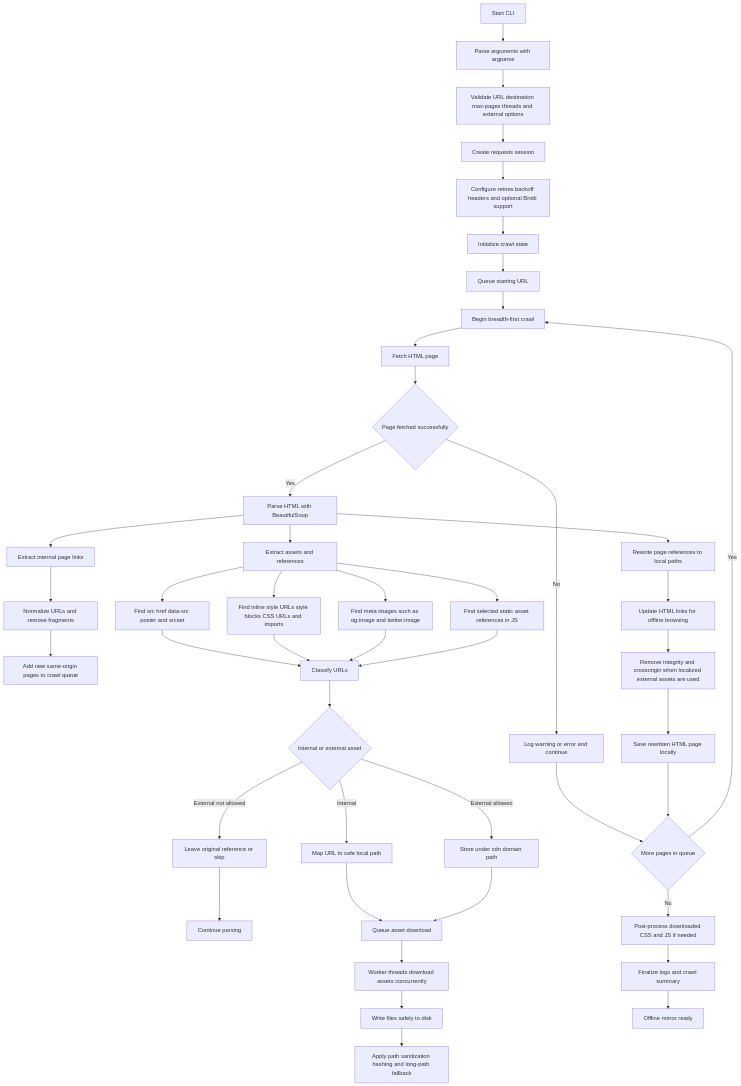
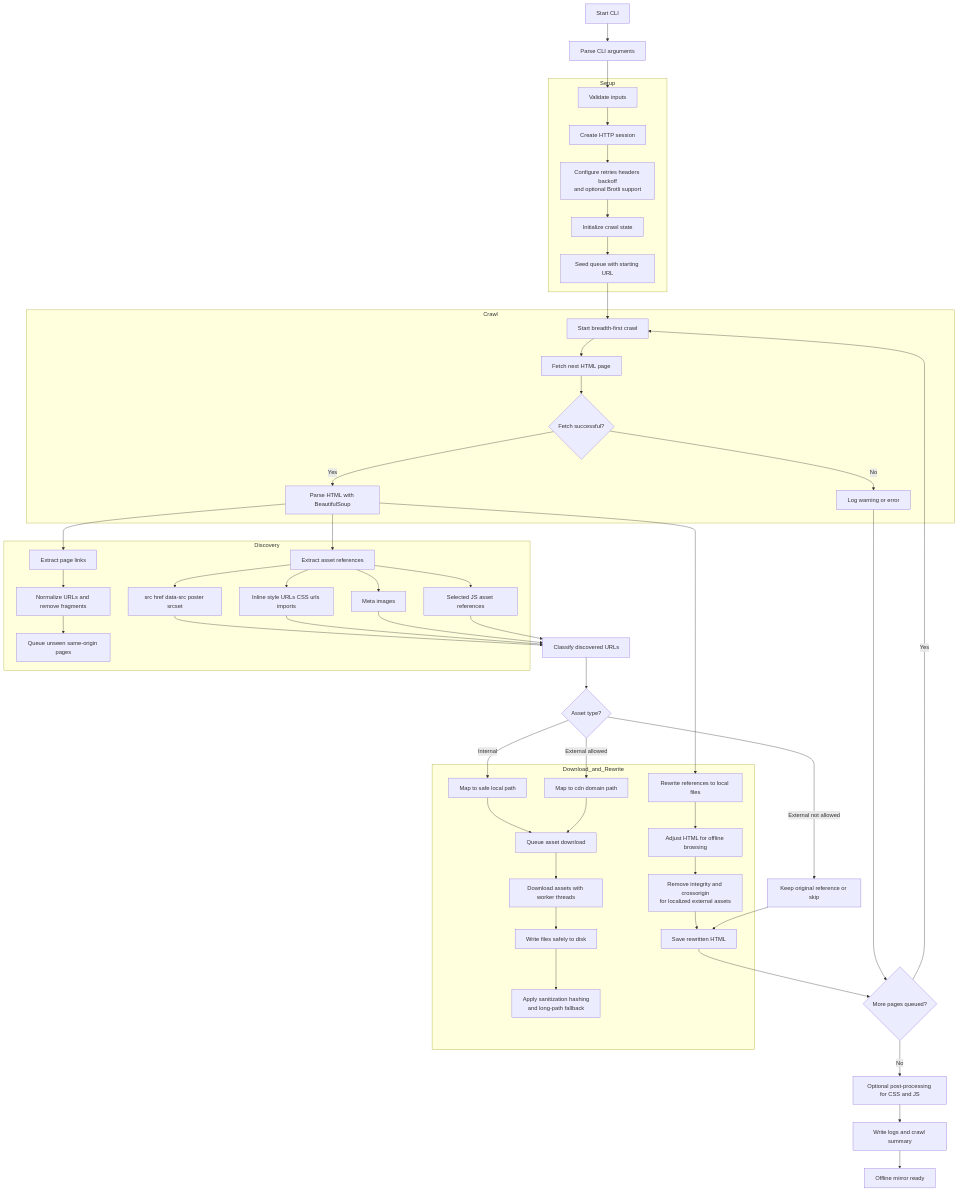
Before and after one commit to PKHarsimran/website-downloader: the diagram in README.md, drawn with Mermaid.

````diff
--- a/README.md
+++ b/README.md
@@ -119,60 +119,65 @@
 ```mermaid
 flowchart TD
-    A[Start CLI] --> B[Parse arguments with argparse]
-    B --> C[Validate URL destination max-pages threads and external options]
+    A[Start CLI] --> B[Parse CLI arguments]
+    B --> C[Validate inputs]
 
-    C --> D[Create requests session]
-    D --> E[Configure retries backoff headers and optional Brotli support]
+    subgraph Setup
+        C --> D[Create HTTP session]
+        D --> E[Configure retries headers backoff<br/>and optional Brotli support]
+        E --> F[Initialize crawl state]
+        F --> G[Seed queue with starting URL]
+    end
 
-    E --> F[Initialize crawl state]
-    F --> G[Queue starting URL]
-    G --> H[Begin breadth-first crawl]
+    G --> H[Start breadth-first crawl]
 
-    H --> I[Fetch HTML page]
-    I --> J{Page fetched successfully}
+    subgraph Crawl
+        H --> I[Fetch next HTML page]
+        I --> J{Fetch successful?}
+        J -- No --> K[Log warning or error]
+        J -- Yes --> M[Parse HTML with BeautifulSoup]
+    end
 
-    J -- No --> K[Log warning or error and continue]
-    K --> L{More pages in queue}
+    K --> L{More pages queued?}
 
-    J -- Yes --> M[Parse HTML with BeautifulSoup]
-    M --> N[Extract internal page links]
-    N --> O[Normalize URLs and remove fragments]
-    O --> P[Add new same-origin pages to crawl queue]
+    subgraph Discovery
+        M --> N[Extract page links]
+        N --> O[Normalize URLs and remove fragments]
+        O --> P[Queue unseen same-origin pages]
 
-    M --> Q[Extract assets and references]
-    Q --> R[Find src href data-src poster and srcset]
-    Q --> S[Find inline style URLs style blocks CSS URLs and imports]
-    Q --> T[Find meta images such as og:image and twitter:image]
-    Q --> U[Find selected static asset references in JS]
+        M --> Q[Extract asset references]
+        Q --> R[src href data-src poster srcset]
+        Q --> S[Inline style URLs CSS urls imports]
+        Q --> T[Meta images]
+        Q --> U[Selected JS asset references]
+    end
 
-    R --> V[Classify URLs]
+    R --> V[Classify discovered URLs]
     S --> V
     T --> V
     U --> V
 
-    V --> W{Internal or external asset}
+    V --> W{Asset type?}
+    W -- Internal --> X[Map to safe local path]
+    W -- External allowed --> Y[Map to cdn domain path]
+    W -- External not allowed --> Z[Keep original reference or skip]
 
-    W -- Internal --> X[Map URL to safe local path]
-    W -- External allowed --> Y[Store under cdn domain path]
-    W -- External not allowed --> Z[Leave original reference or skip]
-    Z --> AA[Continue parsing]
+    subgraph Download_and_Rewrite
+        X --> AB[Queue asset download]
+        Y --> AB
+        AB --> AC[Download assets with worker threads]
+        AC --> AD[Write files safely to disk]
+        AD --> AE[Apply sanitization hashing<br/>and long-path fallback]
 
-    X --> AB[Queue asset download]
-    Y --> AB
+        M --> AF[Rewrite references to local files]
+        AF --> AG[Adjust HTML for offline browsing]
+        AG --> AH[Remove integrity and crossorigin<br/>for localized external assets]
+        AH --> AI[Save rewritten HTML]
+    end
 
-    AB --> AC[Worker threads download assets concurrently]
-    AC --> AD[Write files safely to disk]
-    AD --> AE[Apply path sanitization hashing and long-path fallback]
-
-    M --> AF[Rewrite page references to local paths]
-    AF --> AG[Update HTML links for offline browsing]
-    AG --> AH[Remove integrity and crossorigin when localized external assets are used]
-
-    AH --> AI[Save rewritten HTML page locally]
-
+    Z --> AI
     AI --> L
     L -- Yes --> H
-    L -- No --> AJ[Post-process downloaded CSS and JS if needed]
-    AJ --> AK[Finalize logs and crawl summary]
+    L -- No --> AJ[Optional post-processing for CSS and JS]
+    AJ --> AK[Write logs and crawl summary]
     AK --> AL[Offline mirror ready]
 ```
````
